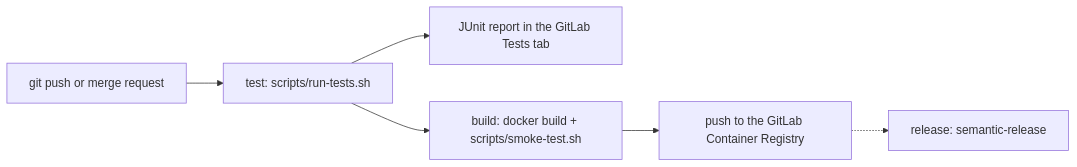
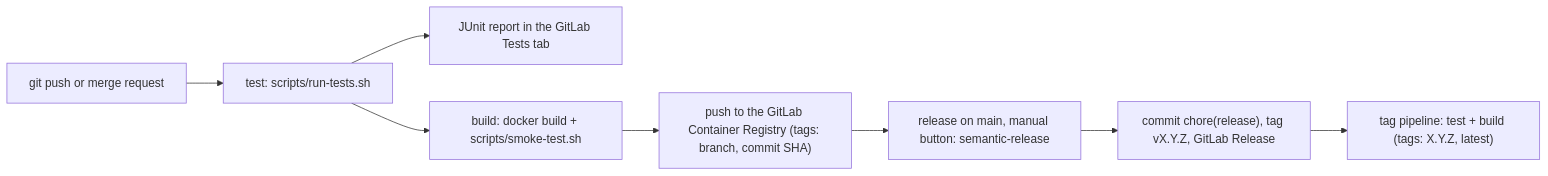
Before and after one commit to yohanbouchet/web-device-34-api: the diagram in README.md, drawn with Mermaid. The commit also changed other lines of this file, not shown here.

Commit message:
docs(readme): documente le processus de release

````diff
--- a/README.md
+++ b/README.md
@@ -132,8 +132,10 @@
 ```mermaid
 flowchart LR
   A[git push or merge request] --> B[test: scripts/run-tests.sh]
   B --> C[JUnit report in the GitLab Tests tab]
   B --> D[build: docker build + scripts/smoke-test.sh]
-  D --> E[push to the GitLab Container Registry]
-  E -.-> F[release: semantic-release]
+  D --> E["push to the GitLab Container Registry (tags: branch, commit SHA)"]
+  E --> F["release on main, manual button: semantic-release"]
+  F --> G["commit chore(release), tag vX.Y.Z, GitLab Release"]
+  G --> H["tag pipeline: test + build (tags: X.Y.Z, latest)"]
 ```
````
